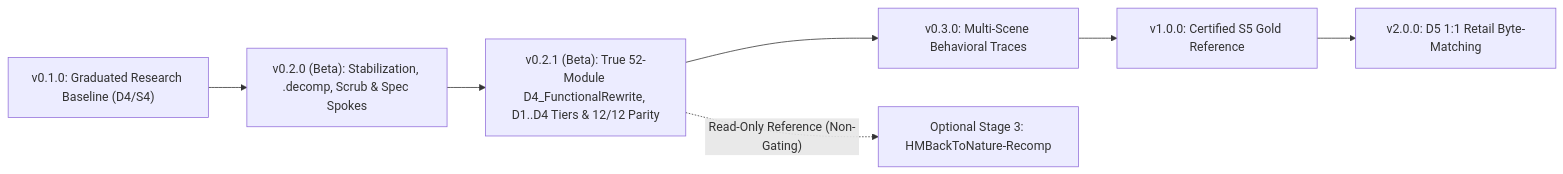
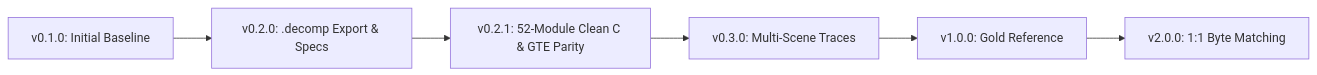
Before and after one commit to StreamResearch/HarvestMoonBackToNature-PlayStation: the diagram in ROADMAP.md, drawn with Mermaid. The commit also changed other lines of this file and 6 other files, not shown here.

````diff
--- a/ROADMAP.md
+++ b/ROADMAP.md
@@ -15,9 +10,8 @@
 ```mermaid
 flowchart LR
-    V010["v0.1.0: Graduated Research Baseline (D4/S4)"] --> V020["v0.2.0 (Beta): Stabilization, .decomp, Scrub & Spec Spokes"]
-    V020 --> V021["v0.2.1 (Beta): True 52-Module D4_FunctionalRewrite, D1..D4 Tiers & 12/12 Parity"]
-    V021 --> V030["v0.3.0: Multi-Scene Behavioral Traces"]
-    V030 --> V100["v1.0.0: Certified S5 Gold Reference"]
-    V100 --> V200["v2.0.0: D5 1:1 Retail Byte-Matching"]
-    V021 -. "Read-Only Reference (Non-Gating)" .-> OptR["Optional Stage 3: HMBackToNature-Recomp"]
+    V010["v0.1.0: Initial Baseline"] --> V020["v0.2.0: .decomp Export & Specs"]
+    V020 --> V021["v0.2.1: 52-Module Clean C & GTE Parity"]
+    V021 --> V030["v0.3.0: Multi-Scene Traces"]
+    V030 --> V100["v1.0.0: Gold Reference"]
+    V100 --> V200["v2.0.0: 1:1 Byte Matching"]
 ```
````
